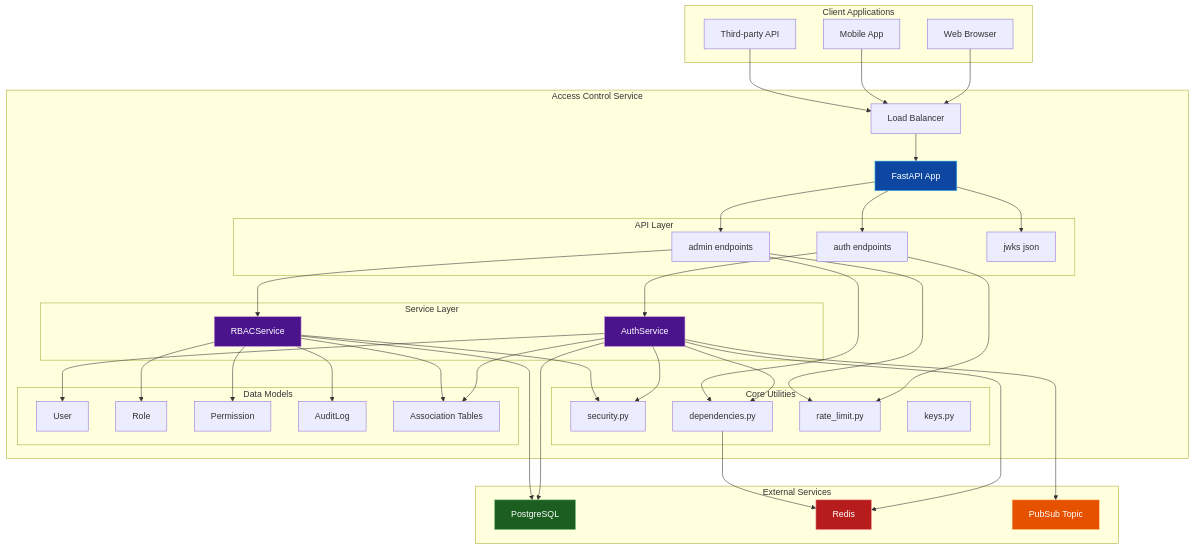
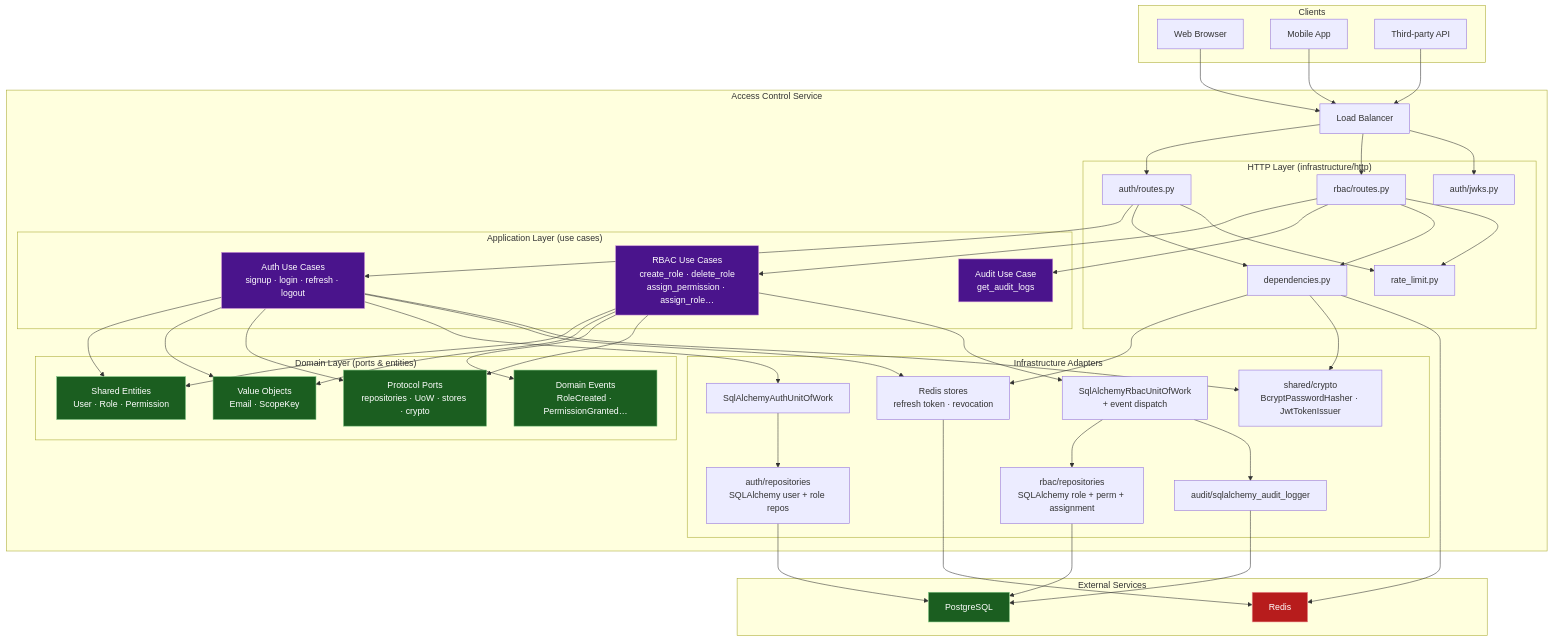
Before and after one commit to anaswaleedtahir/kosmos-ecommerce: the second of 6 diagrams in docs/01-system-architecture.md, drawn with Mermaid. The commit also changed other lines of this file and 3 other files, not shown here.

First line of the commit message:
docs: update architecture and data-model docs for hexagonal refactor

````diff
--- a/docs/01-system-architecture.md
+++ b/docs/01-system-architecture.md
@@ -120,87 +120,98 @@
 ```mermaid
 graph TB
-    subgraph "Client Applications"
+    subgraph "Clients"
         WEB[Web Browser]
         MOBILE[Mobile App]
-        API[Third-party API]
+        EXT[Third-party API]
     end
 
     subgraph "Access Control Service"
         LB[Load Balancer]
-        API1[FastAPI App]
 
-        subgraph "API Layer"
-            AUTH[auth endpoints]
-            ADMIN[admin endpoints]
-            JWKS[jwks json]
+        subgraph "HTTP Layer (infrastructure/http)"
+            AUTH_R[auth/routes.py]
+            RBAC_R[rbac/routes.py]
+            JWKS_R[auth/jwks.py]
+            DEPS[dependencies.py]
+            RATE[rate_limit.py]
         end
 
-        subgraph "Service Layer"
-            AUTH_SVC[AuthService]
-            RBAC_SVC[RBACService]
+        subgraph "Application Layer (use cases)"
+            AUTH_UC[Auth Use Cases<br/>signup · login · refresh · logout]
+            RBAC_UC[RBAC Use Cases<br/>create_role · delete_role<br/>assign_permission · assign_role…]
+            AUDIT_UC[Audit Use Case<br/>get_audit_logs]
         end
 
-        subgraph "Core Utilities"
-            SEC[security.py]
-            DEPS[dependencies.py]
-            RATE[rate_limit.py]
-            KEYS[keys.py]
+        subgraph "Domain Layer (ports & entities)"
+            ENTS[Shared Entities<br/>User · Role · Permission]
+            VALS[Value Objects<br/>Email · ScopeKey]
+            EVTS[Domain Events<br/>RoleCreated · PermissionGranted…]
+            PORTS[Protocol Ports<br/>repositories · UoW · stores · crypto]
         end
 
-        subgraph "Data Models"
-            USER[User]
-            ROLE[Role]
-            PERM[Permission]
-            AUDIT[AuditLog]
-            ASSOC[Association Tables]
+        subgraph "Infrastructure Adapters"
+            AUTH_REPOS[auth/repositories<br/>SQLAlchemy user + role repos]
+            RBAC_REPOS[rbac/repositories<br/>SQLAlchemy role + perm + assignment]
+            AUDIT_REPO[audit/sqlalchemy_audit_logger]
+            UOW_AUTH[SqlAlchemyAuthUnitOfWork]
+            UOW_RBAC[SqlAlchemyRbacUnitOfWork<br/>+ event dispatch]
+            STORES[Redis stores<br/>refresh token · revocation]
+            CRYPTO[shared/crypto<br/>BcryptPasswordHasher · JwtTokenIssuer]
         end
     end
 
     subgraph "External Services"
         PG[PostgreSQL]
         REDIS[Redis]
-        PUBSUB[PubSub Topic]
     end
 
     WEB --> LB
     MOBILE --> LB
-    API --> LB
-    LB --> API1
+    EXT --> LB
+    LB --> AUTH_R
+    LB --> RBAC_R
+    LB --> JWKS_R
 
-    API1 --> AUTH
-    API1 --> ADMIN
-    API1 --> JWKS
+    AUTH_R --> AUTH_UC
+    RBAC_R --> RBAC_UC
+    RBAC_R --> AUDIT_UC
+    AUTH_R --> DEPS
+    RBAC_R --> DEPS
+    AUTH_R --> RATE
+    RBAC_R --> RATE
 
-    AUTH --> AUTH_SVC
-    ADMIN --> RBAC_SVC
+    AUTH_UC --> ENTS
+    AUTH_UC --> VALS
+    AUTH_UC --> PORTS
+    RBAC_UC --> ENTS
+    RBAC_UC --> VALS
+    RBAC_UC --> EVTS
+    RBAC_UC --> PORTS
 
-    AUTH_SVC --> SEC
-    RBAC_SVC --> SEC
+    AUTH_UC --> UOW_AUTH
+    RBAC_UC --> UOW_RBAC
 
-    AUTH_SVC --> DEPS
-    ADMIN --> DEPS
+    UOW_AUTH --> AUTH_REPOS
+    UOW_RBAC --> RBAC_REPOS
+    UOW_RBAC --> AUDIT_REPO
+    AUTH_UC --> STORES
+    AUTH_UC --> CRYPTO
+    DEPS --> STORES
+    DEPS --> CRYPTO
 
-    AUTH --> RATE
-    ADMIN --> RATE
-
-    AUTH_SVC --> USER
-    RBAC_SVC --> ROLE
-    RBAC_SVC --> PERM
-    RBAC_SVC --> AUDIT
-    AUTH_SVC --> ASSOC
-    RBAC_SVC --> ASSOC
-
-    AUTH_SVC --> PG
-    RBAC_SVC --> PG
-    AUTH_SVC --> REDIS
+    AUTH_REPOS --> PG
+    RBAC_REPOS --> PG
+    AUDIT_REPO --> PG
+    STORES --> REDIS
     DEPS --> REDIS
 
-    AUTH_SVC --> PUBSUB
-
-    style API1 fill:#0d47a1,stroke:#4fc3f7,color:#ffffff
-    style AUTH_SVC fill:#4a148c,stroke:#ce93d8,color:#ffffff
-    style RBAC_SVC fill:#4a148c,stroke:#ce93d8,color:#ffffff
+    style AUTH_UC fill:#4a148c,stroke:#ce93d8,color:#ffffff
+    style RBAC_UC fill:#4a148c,stroke:#ce93d8,color:#ffffff
+    style AUDIT_UC fill:#4a148c,stroke:#ce93d8,color:#ffffff
+    style ENTS fill:#1b5e20,stroke:#81c784,color:#ffffff
+    style VALS fill:#1b5e20,stroke:#81c784,color:#ffffff
+    style EVTS fill:#1b5e20,stroke:#81c784,color:#ffffff
+    style PORTS fill:#1b5e20,stroke:#81c784,color:#ffffff
     style PG fill:#1b5e20,stroke:#81c784,color:#ffffff
     style REDIS fill:#b71c1c,stroke:#ef9a9a,color:#ffffff
-    style PUBSUB fill:#e65100,stroke:#ffcc80,color:#ffffff
 ```
````
